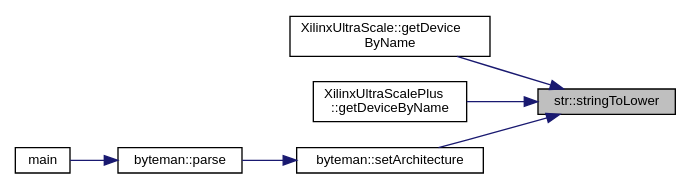
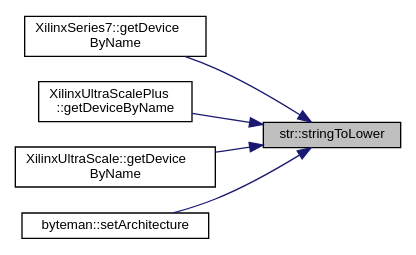
One commit to FPGA-Research-Manchester/byteman changed the diagram in namespacestr_a105c2a28a97e18e146cd18c000d2ecf5_icgraph.dot. Above: the diagram before and after it, drawn with Graphviz. The commit also changed 2360 other files, not shown here.

```diff
--- a/namespacestr_a105c2a28a97e18e146cd18c000d2ecf5_icgraph.dot
+++ b/namespacestr_a105c2a28a97e18e146cd18c000d2ecf5_icgraph.dot
@@ -1,19 +1,17 @@
 digraph "str::stringToLower"
 {
  // INTERACTIVE_SVG=YES
  // LATEX_PDF_SIZE
   edge [fontname="Helvetica",fontsize="10",labelfontname="Helvetica",labelfontsize="10"];
   node [fontname="Helvetica",fontsize="10",shape=record];
   rankdir="RL";
   Node1 [label="str::stringToLower",height=0.2,width=0.4,color="black", fillcolor="grey75", style="filled", fontcolor="black",tooltip="Replaces all uppercase characters in str with lowercase and returns the resulting string."];
   Node1 -> Node2 [dir="back",color="midnightblue",fontsize="10",style="solid",fontname="Helvetica"];
-  Node2 [label="XilinxUltraScale::getDevice\lByName",height=0.2,width=0.4,color="black", fillcolor="white", style="filled",URL="$classXilinxUltraScale.html#a84cd2e2bc1c74a92a1c029a0766ec96d",tooltip=" "];
+  Node2 [label="XilinxSeries7::getDevice\lByName",height=0.2,width=0.4,color="black", fillcolor="white", style="filled",URL="$classXilinxSeries7.html#ad00e8927650d1bf9817ee80b73960850",tooltip=" "];
   Node1 -> Node3 [dir="back",color="midnightblue",fontsize="10",style="solid",fontname="Helvetica"];
   Node3 [label="XilinxUltraScalePlus\l::getDeviceByName",height=0.2,width=0.4,color="black", fillcolor="white", style="filled",URL="$classXilinxUltraScalePlus.html#a8e9c53a1927042531467d5c35af3c0bc",tooltip=" "];
   Node1 -> Node4 [dir="back",color="midnightblue",fontsize="10",style="solid",fontname="Helvetica"];
-  Node4 [label="byteman::setArchitecture",height=0.2,width=0.4,color="black", fillcolor="white", style="filled",URL="$classbyteman.html#a035f9f0419ab25a7463ff44117c1f5e0",tooltip=" "];
-  Node4 -> Node5 [dir="back",color="midnightblue",fontsize="10",style="solid",fontname="Helvetica"];
-  Node5 [label="byteman::parse",height=0.2,width=0.4,color="black", fillcolor="white", style="filled",URL="$classbyteman.html#a0ce0e992678e3f8b51cc5e01cea14ddb",tooltip=" "];
-  Node5 -> Node6 [dir="back",color="midnightblue",fontsize="10",style="solid",fontname="Helvetica"];
-  Node6 [label="main",height=0.2,width=0.4,color="black", fillcolor="white", style="filled",URL="$byteman_8cpp.html#a0ddf1224851353fc92bfbff6f499fa97",tooltip=" "];
+  Node4 [label="XilinxUltraScale::getDevice\lByName",height=0.2,width=0.4,color="black", fillcolor="white", style="filled",URL="$classXilinxUltraScale.html#a84cd2e2bc1c74a92a1c029a0766ec96d",tooltip=" "];
+  Node1 -> Node5 [dir="back",color="midnightblue",fontsize="10",style="solid",fontname="Helvetica"];
+  Node5 [label="byteman::setArchitecture",height=0.2,width=0.4,color="black", fillcolor="white", style="filled",URL="$classbyteman.html#a035f9f0419ab25a7463ff44117c1f5e0",tooltip=" "];
 }
```
